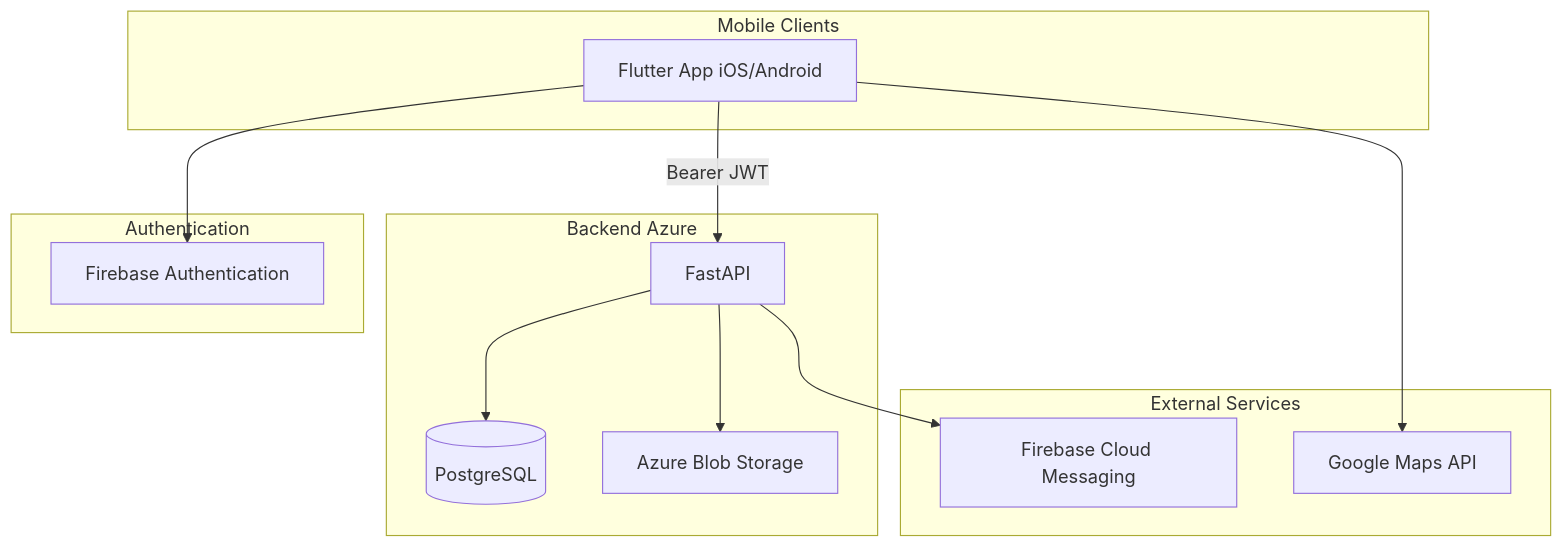
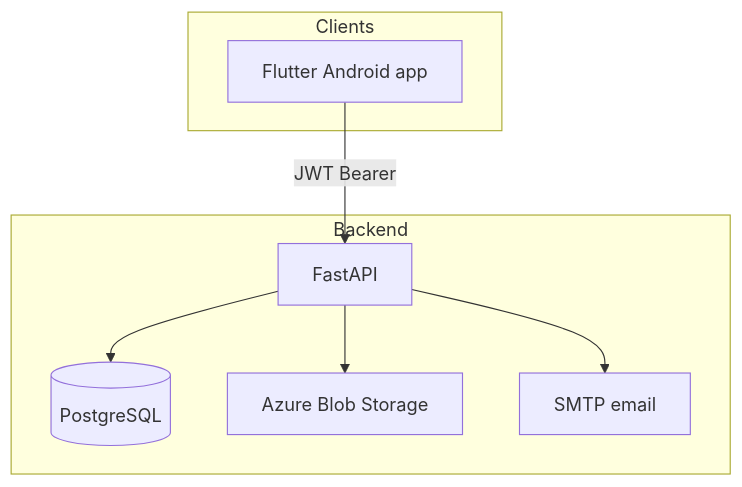
Before and after one commit to slayqueearikma-beep/margem: the first of 2 diagrams in souq-local/docs/architecture.md, drawn with Mermaid. The commit also changed other lines of this file and 28 other files, not shown here.

First line of the commit message:
Harden production quality across backend, mobile, and DevOps

````diff
--- a/souq-local/docs/architecture.md
+++ b/souq-local/docs/architecture.md
@@ -5,28 +7,18 @@
 ```mermaid
 flowchart TB
-    subgraph clients [Mobile Clients]
-        Flutter[Flutter App iOS/Android]
+    subgraph clients [Clients]
+        Flutter[Flutter Android app]
     end
 
-    subgraph auth [Authentication]
-        Firebase[Firebase Authentication]
-    end
-
-    subgraph backend [Backend Azure]
+    subgraph backend [Backend]
         API[FastAPI]
         PG[(PostgreSQL)]
         Blob[Azure Blob Storage]
+        SMTP[SMTP email]
     end
 
-    subgraph external [External Services]
-        GMaps[Google Maps API]
-        FCM[Firebase Cloud Messaging]
-    end
-
-    Flutter --> Firebase
-    Flutter -->|Bearer JWT| API
-    Flutter --> GMaps
+    Flutter -->|JWT Bearer| API
     API --> PG
     API --> Blob
-    API --> FCM
+    API --> SMTP
 ```
````
